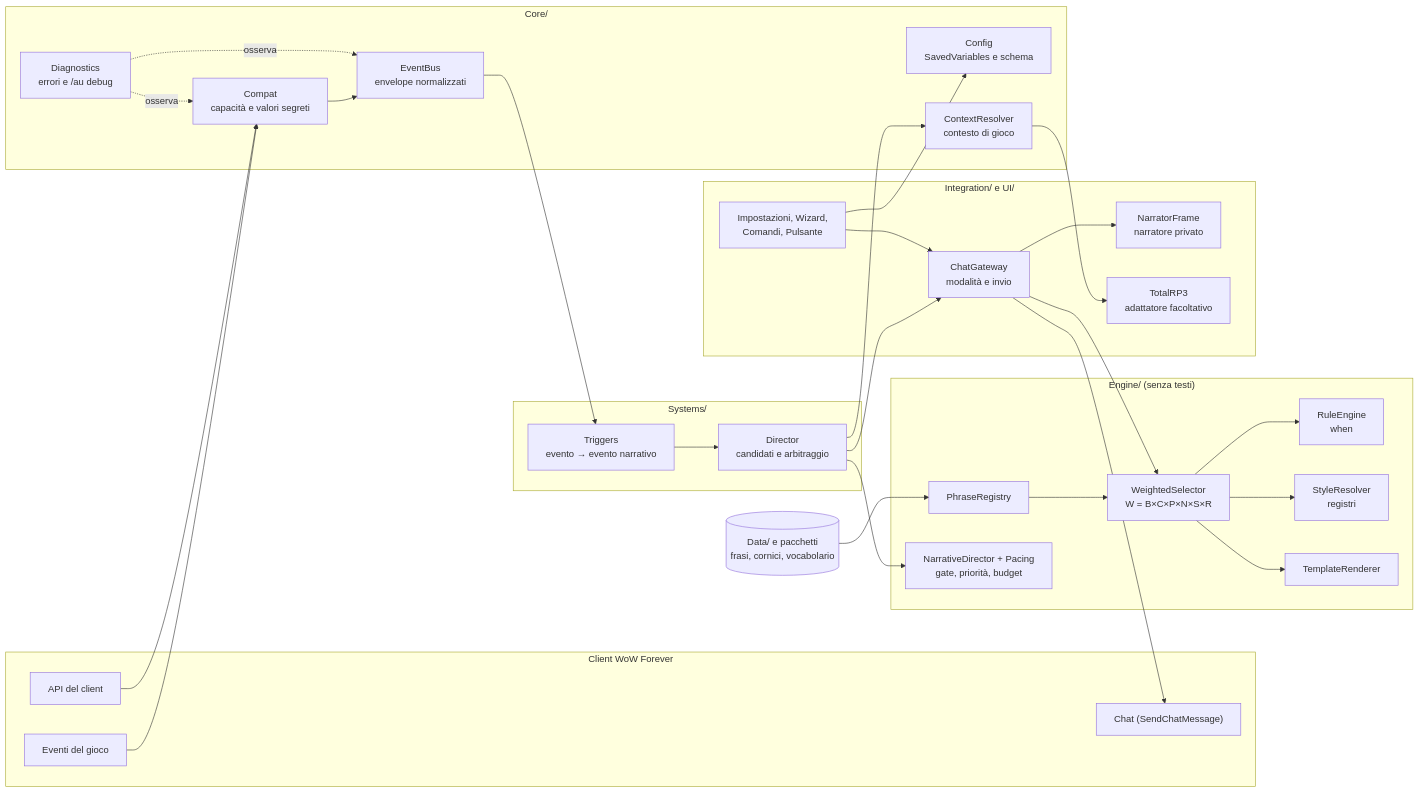
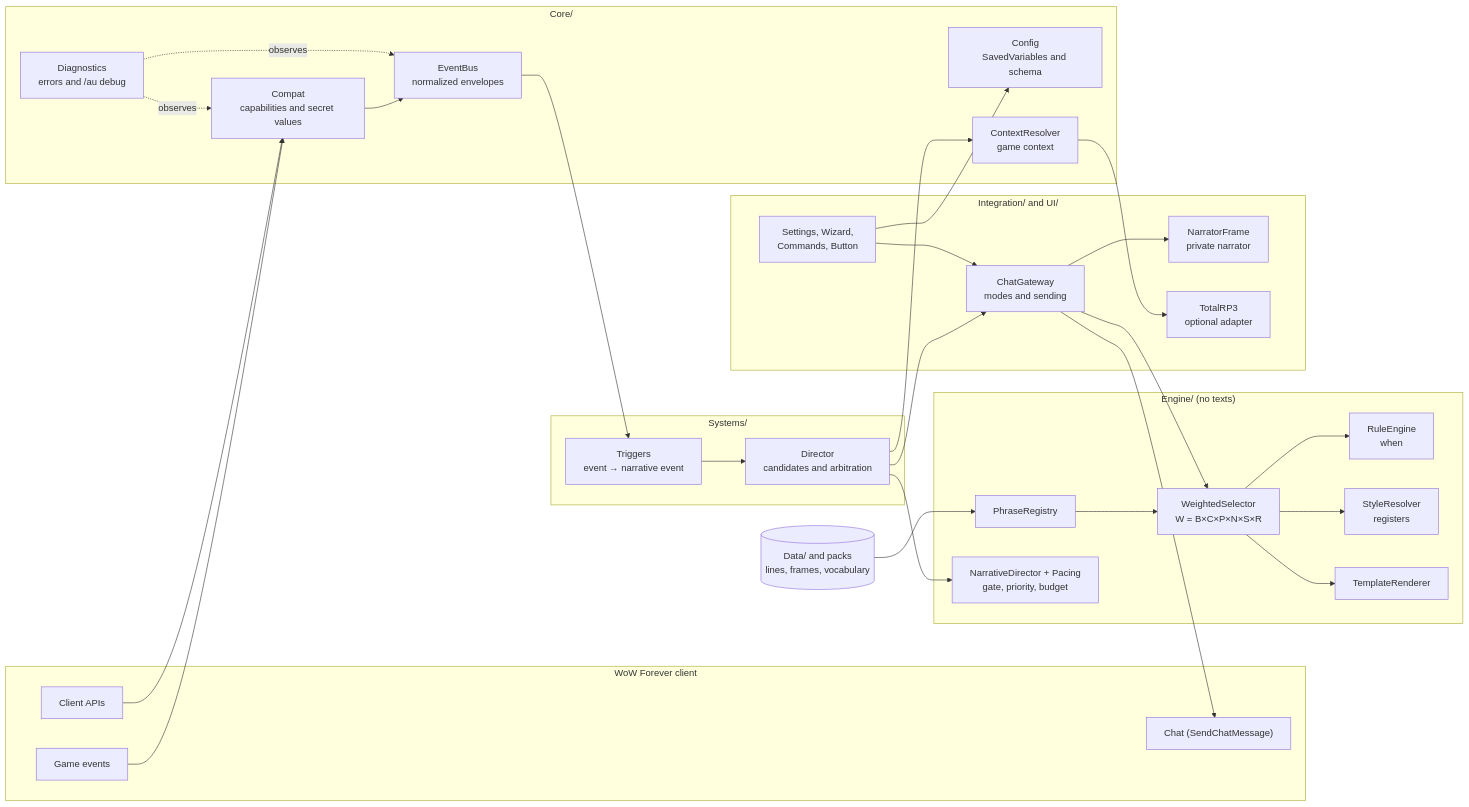
One commit to Finland6738/azeroth-unspoken changed the first of 14 diagrams in docs/ARCHITECTURE.md. Above: the diagram before and after it, drawn with Mermaid. The commit also changed other lines of this file and 31 other files, not shown here.

````diff
--- a/docs/ARCHITECTURE.md
+++ b/docs/ARCHITECTURE.md
@@ -21,58 +21,58 @@
 ```mermaid
 flowchart LR
-    subgraph Client["Client WoW Forever"]
-        EV["Eventi del gioco"]
-        API["API del client"]
+    subgraph Client["WoW Forever client"]
+        EV["Game events"]
+        API["Client APIs"]
         CHAT["Chat (SendChatMessage)"]
     end
 
     subgraph Core["Core/"]
-        COMPAT["Compat<br/>capacità e valori segreti"]
-        BUS["EventBus<br/>envelope normalizzati"]
-        CFG["Config<br/>SavedVariables e schema"]
-        CTX["ContextResolver<br/>contesto di gioco"]
-        DIAG["Diagnostics<br/>errori e /au debug"]
+        COMPAT["Compat<br/>capabilities and secret values"]
+        BUS["EventBus<br/>normalized envelopes"]
+        CFG["Config<br/>SavedVariables and schema"]
+        CTX["ContextResolver<br/>game context"]
+        DIAG["Diagnostics<br/>errors and /au debug"]
     end
 
     subgraph Sys["Systems/"]
-        TRG["Triggers<br/>evento → evento narrativo"]
-        DIR["Director<br/>candidati e arbitraggio"]
+        TRG["Triggers<br/>event → narrative event"]
+        DIR["Director<br/>candidates and arbitration"]
     end
 
-    subgraph Eng["Engine/ (senza testi)"]
+    subgraph Eng["Engine/ (no texts)"]
         REG["PhraseRegistry"]
         RULE["RuleEngine<br/>when"]
-        ND["NarrativeDirector + Pacing<br/>gate, priorità, budget"]
+        ND["NarrativeDirector + Pacing<br/>gate, priority, budget"]
         SEL["WeightedSelector<br/>W = B×C×P×N×S×R"]
-        STY["StyleResolver<br/>registri"]
+        STY["StyleResolver<br/>registers"]
         TPL["TemplateRenderer"]
     end
 
-    subgraph Out["Integration/ e UI/"]
-        GW["ChatGateway<br/>modalità e invio"]
-        NAR["NarratorFrame<br/>narratore privato"]
-        TRP["TotalRP3<br/>adattatore facoltativo"]
-        UI["Impostazioni, Wizard,<br/>Comandi, Pulsante"]
+    subgraph Out["Integration/ and UI/"]
+        GW["ChatGateway<br/>modes and sending"]
+        NAR["NarratorFrame<br/>private narrator"]
+        TRP["TotalRP3<br/>optional adapter"]
+        UI["Settings, Wizard,<br/>Commands, Button"]
     end
 
-    DATA[("Data/ e pacchetti<br/>frasi, cornici, vocabolario")]
+    DATA[("Data/ and packs<br/>lines, frames, vocabulary")]
 
     EV --> COMPAT --> BUS --> TRG --> DIR
     DIR --> ND
     DIR --> CTX
     DIR --> GW
     API --> COMPAT
     CTX --> TRP
     GW --> SEL
     SEL --> RULE
     SEL --> STY
     SEL --> TPL
     REG --> SEL
     DATA --> REG
     GW --> NAR
     GW --> CHAT
     UI --> GW
     UI --> CFG
-    DIAG -. osserva .-> BUS
-    DIAG -. osserva .-> COMPAT
+    DIAG -. observes .-> BUS
+    DIAG -. observes .-> COMPAT
 ```
````
